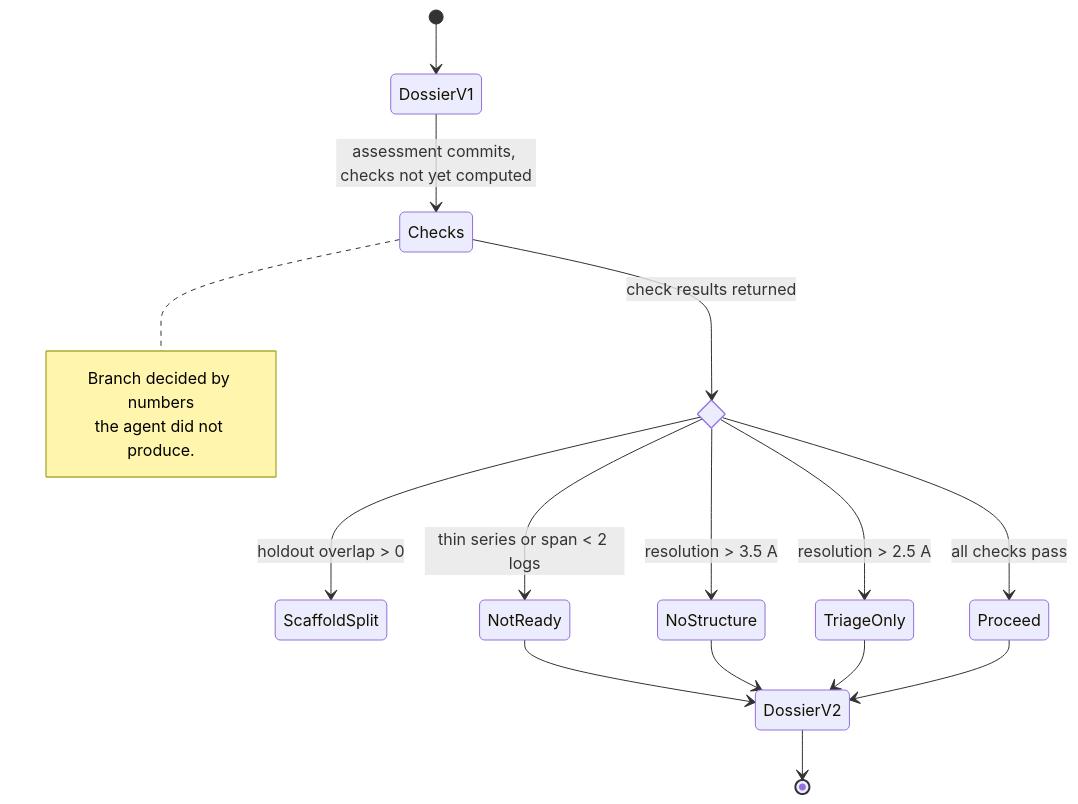
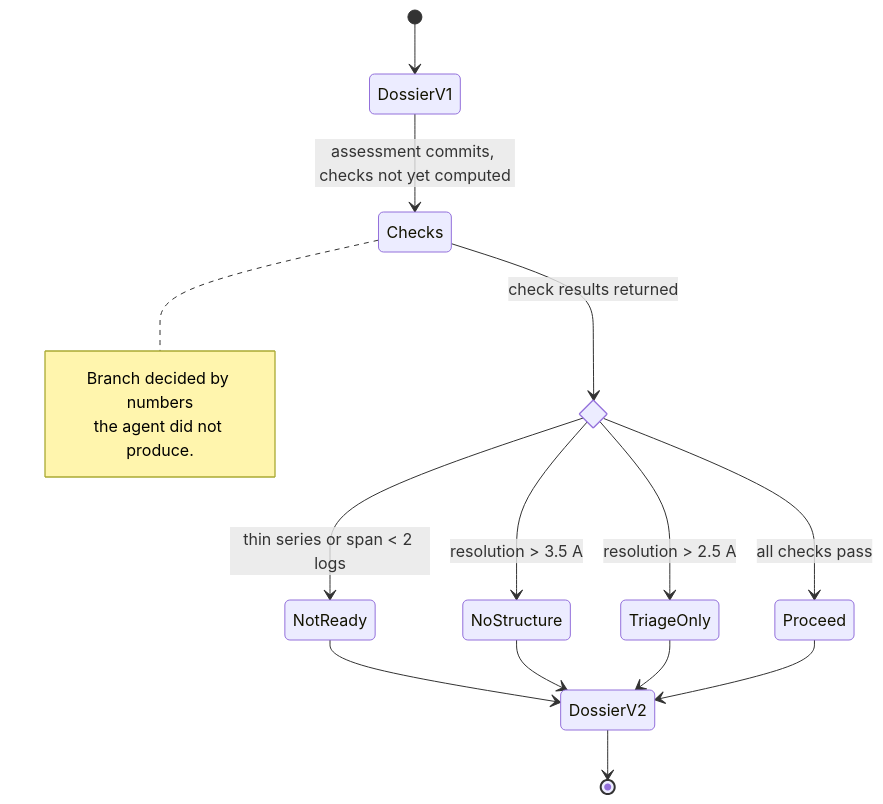
Before and after one commit to kowsercse/pgrn-lead-optimization: the fourth of 4 diagrams in docs/ARCHITECTURE.md, drawn with Mermaid. The commit also changed 15 other files, not shown here.

First line of the commit message:
fix: purge the data-split model from the diagrams and the hand-off

````diff
--- a/docs/ARCHITECTURE.md
+++ b/docs/ARCHITECTURE.md
@@ -199,23 +199,22 @@
 ```mermaid
 stateDiagram-v2
     state Evaluate <<choice>>
 
     [*] --> DossierV1
     DossierV1 --> Checks : assessment commits, checks not yet computed
     Checks --> Evaluate : check results returned
-    Evaluate --> ScaffoldSplit : holdout overlap > 0
     Evaluate --> NotReady : thin series or span < 2 logs
     Evaluate --> NoStructure : resolution > 3.5 A
     Evaluate --> TriageOnly : resolution > 2.5 A
     Evaluate --> Proceed : all checks pass
     NotReady --> DossierV2
     NoStructure --> DossierV2
     TriageOnly --> DossierV2
     Proceed --> DossierV2
     DossierV2 --> [*]
 
     note right of Checks
         Branch decided by numbers
         the agent did not produce.
     end note
 ```
````
